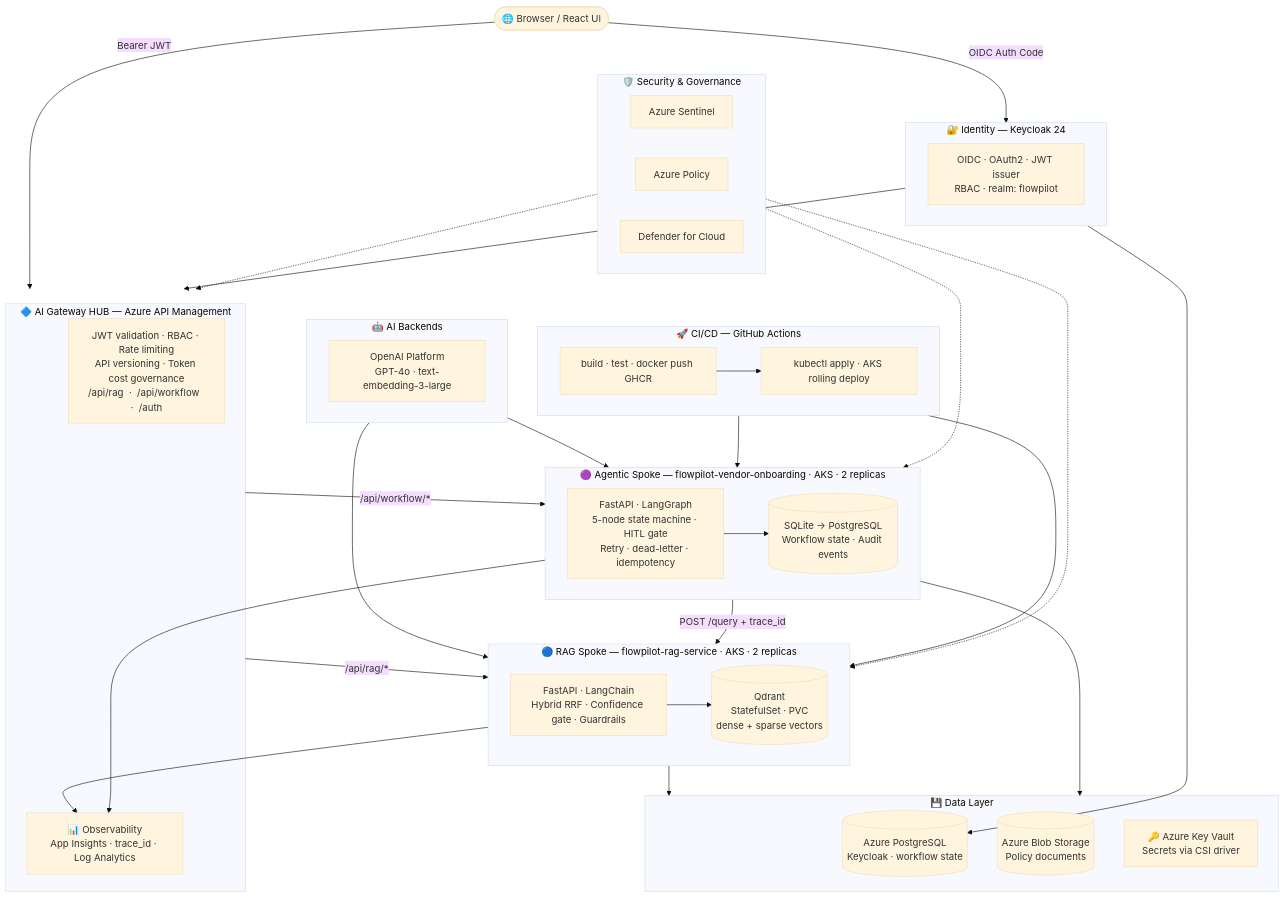
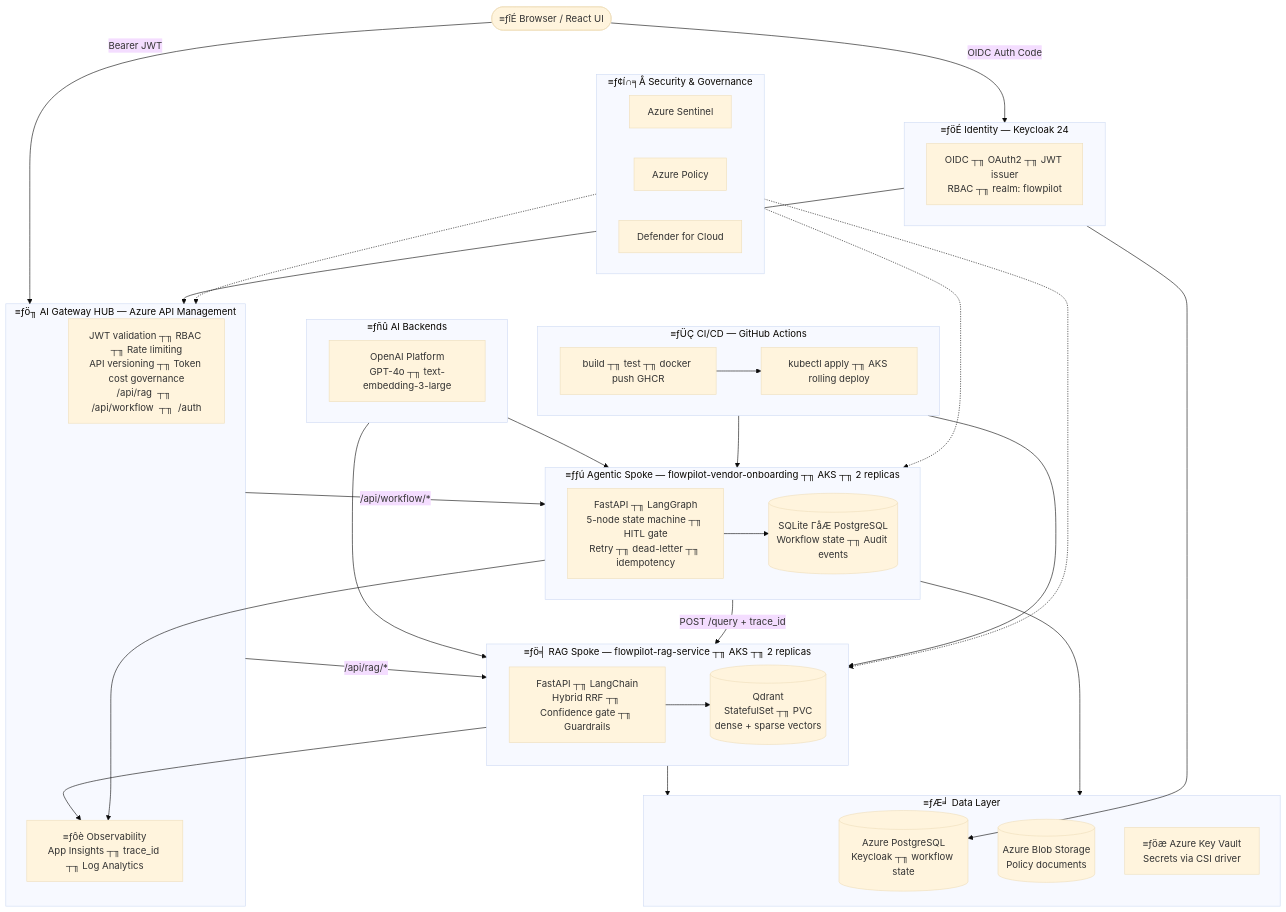
Before and after one commit to nitindra-soekhai/flowpilot-docs: the second of 4 diagrams in README.md, drawn with Mermaid (base theme). The commit also changed other lines of this file, not shown here.

````diff
--- a/README.md
+++ b/README.md
@@ -251,72 +203,72 @@
 ```mermaid
 flowchart TB
-    Browser(["🌐 Browser / React UI"])
+    Browser(["≡ƒîÉ Browser / React UI"])
 
-    subgraph IDENTITY ["🔐 Identity — Keycloak 24"]
-        KC["OIDC · OAuth2 · JWT issuer\nRBAC · realm: flowpilot"]
+    subgraph IDENTITY ["≡ƒöÉ Identity — Keycloak 24"]
+        KC["OIDC ┬╖ OAuth2 ┬╖ JWT issuer\nRBAC ┬╖ realm: flowpilot"]
     end
 
-    subgraph AI_BACKENDS ["🤖 AI Backends"]
-        OAI["OpenAI Platform\nGPT-4o · text-embedding-3-large"]
+    subgraph AI_BACKENDS ["≡ƒñû AI Backends"]
+        OAI["OpenAI Platform\nGPT-4o ┬╖ text-embedding-3-large"]
     end
 
-    subgraph HUB ["🔷 AI Gateway HUB — Azure API Management"]
-        APIM["JWT validation · RBAC · Rate limiting\nAPI versioning · Token cost governance\n/api/rag  ·  /api/workflow  ·  /auth"]
-        OBS["📊 Observability\nApp Insights · trace_id · Log Analytics"]
+    subgraph HUB ["≡ƒö╖ AI Gateway HUB — Azure API Management"]
+        APIM["JWT validation ┬╖ RBAC ┬╖ Rate limiting\nAPI versioning ┬╖ Token cost governance\n/api/rag  ┬╖  /api/workflow  ┬╖  /auth"]
+        OBS["≡ƒôè Observability\nApp Insights ┬╖ trace_id ┬╖ Log Analytics"]
     end
 
-    subgraph RAG_SPOKE ["🔵 RAG Spoke — flowpilot-rag-service · AKS · 2 replicas"]
-        RAG["FastAPI · LangChain\nHybrid RRF · Confidence gate · Guardrails"]
-        QD[("Qdrant\nStatefulSet · PVC\ndense + sparse vectors")]
+    subgraph RAG_SPOKE ["≡ƒö╡ RAG Spoke — flowpilot-rag-service ┬╖ AKS ┬╖ 2 replicas"]
+        RAG["FastAPI ┬╖ LangChain\nHybrid RRF ┬╖ Confidence gate ┬╖ Guardrails"]
+        QD[("Qdrant\nStatefulSet ┬╖ PVC\ndense + sparse vectors")]
         RAG --> QD
     end
 
-    subgraph AGENT_SPOKE ["🟣 Agentic Spoke — flowpilot-vendor-onboarding · AKS · 2 replicas"]
-        ONB["FastAPI · LangGraph\n5-node state machine · HITL gate\nRetry · dead-letter · idempotency"]
-        WF[("SQLite → PostgreSQL\nWorkflow state · Audit events")]
+    subgraph AGENT_SPOKE ["≡ƒƒú Agentic Spoke — flowpilot-vendor-onboarding ┬╖ AKS ┬╖ 2 replicas"]
+        ONB["FastAPI ┬╖ LangGraph\n5-node state machine ┬╖ HITL gate\nRetry ┬╖ dead-letter ┬╖ idempotency"]
+        WF[("SQLite ΓåÆ PostgreSQL\nWorkflow state ┬╖ Audit events")]
         ONB --> WF
     end
 
-    subgraph DATA ["💾 Data Layer"]
-        PG[("Azure PostgreSQL\nKeycloak · workflow state")]
+    subgraph DATA ["≡ƒÆ╛ Data Layer"]
+        PG[("Azure PostgreSQL\nKeycloak ┬╖ workflow state")]
         BLOB[("Azure Blob Storage\nPolicy documents")]
-        KV["🔑 Azure Key Vault\nSecrets via CSI driver"]
+        KV["≡ƒöæ Azure Key Vault\nSecrets via CSI driver"]
     end
 
-    subgraph CICD ["🚀 CI/CD — GitHub Actions"]
-        GHA["build · test · docker push GHCR"]
-        K8S["kubectl apply · AKS rolling deploy"]
+    subgraph CICD ["≡ƒÜÇ CI/CD — GitHub Actions"]
+        GHA["build ┬╖ test ┬╖ docker push GHCR"]
+        K8S["kubectl apply ┬╖ AKS rolling deploy"]
         GHA --> K8S
     end
 
-    subgraph SECURITY ["🛡️ Security & Governance"]
+    subgraph SECURITY ["≡ƒ¢í∩╕Å Security & Governance"]
         SEN["Azure Sentinel"]
         POL["Azure Policy"]
         DEF["Defender for Cloud"]
     end
 
     Browser -- "OIDC Auth Code" --> IDENTITY
     Browser -- "Bearer JWT" --> HUB
     IDENTITY --> HUB
     AI_BACKENDS --> RAG_SPOKE
     AI_BACKENDS --> AGENT_SPOKE
 
     HUB -- "/api/rag/*" --> RAG_SPOKE
     HUB -- "/api/workflow/*" --> AGENT_SPOKE
 
     AGENT_SPOKE -- "POST /query + trace_id" --> RAG_SPOKE
 
     RAG_SPOKE --> DATA
     AGENT_SPOKE --> DATA
     IDENTITY --> PG
 
     RAG_SPOKE --> OBS
     AGENT_SPOKE --> OBS
 
     CICD --> AGENT_SPOKE
     CICD --> RAG_SPOKE
 
     SECURITY -.-> HUB
     SECURITY -.-> RAG_SPOKE
     SECURITY -.-> AGENT_SPOKE
 ```
````
